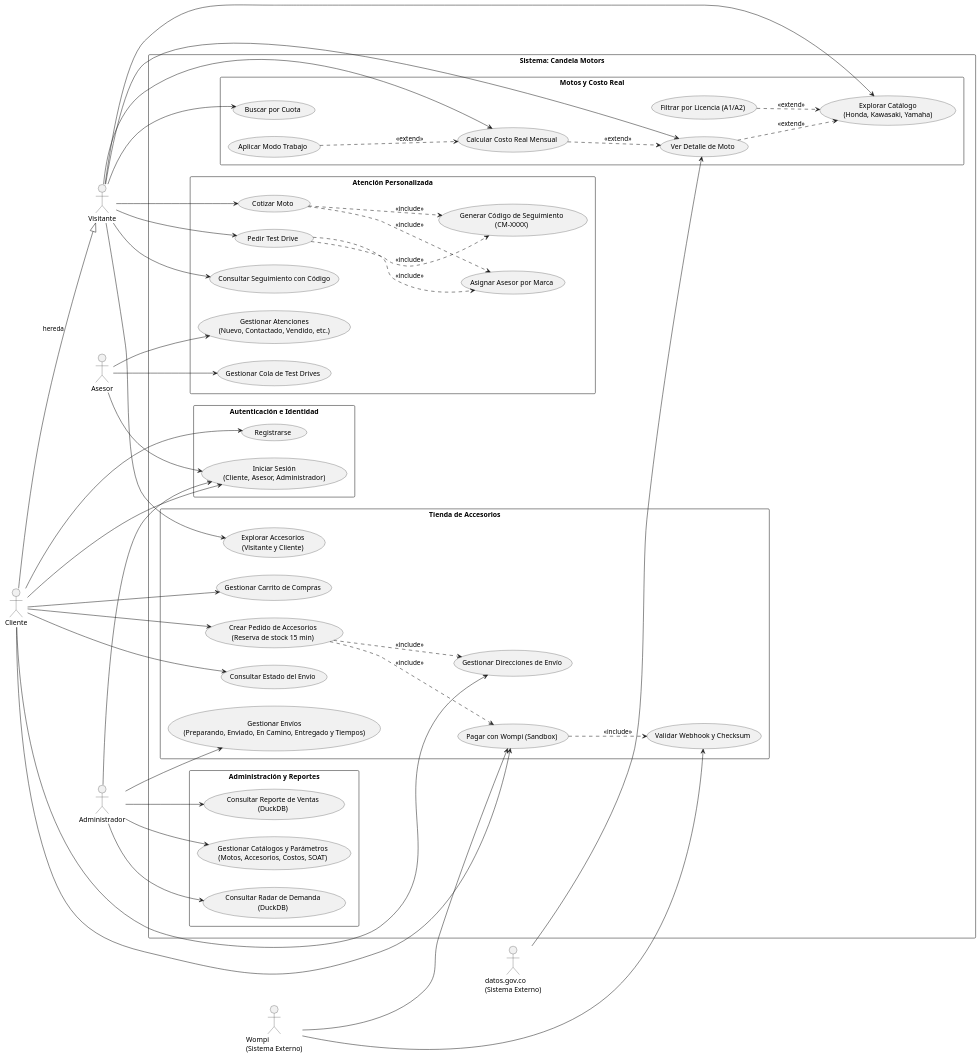
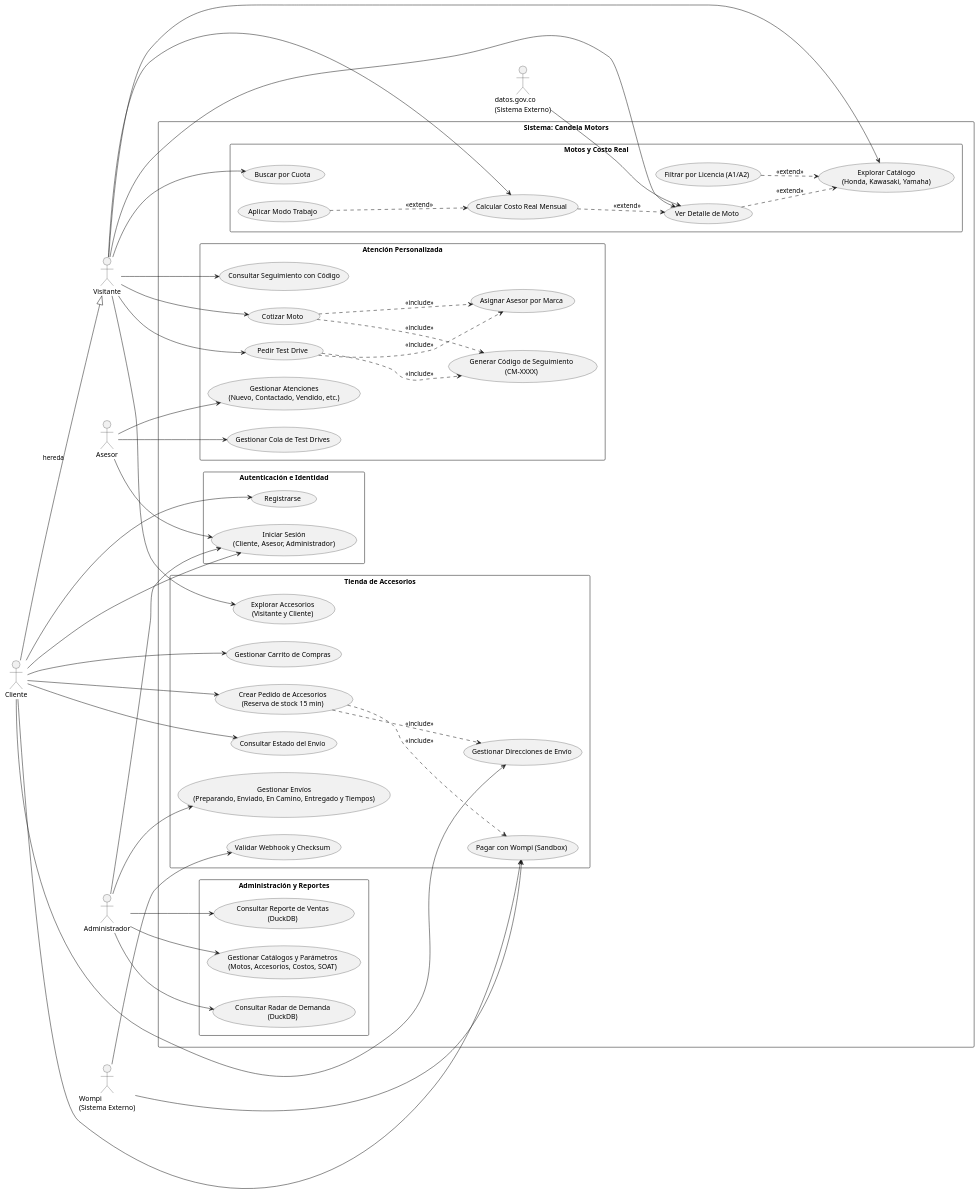
One commit to Andresg9805/concesionario-motos changed the diagram in docs/uml/fuentes/10-casos-de-uso.puml. Above: the diagram before and after it, drawn with PlantUML. The commit also changed 2 other files, not shown here.

Commit message:
docs: actualiza diagrama de casos de uso y limpia carpeta out segun revision del señor Guillermo

```diff
--- a/docs/uml/fuentes/10-casos-de-uso.puml
+++ b/docs/uml/fuentes/10-casos-de-uso.puml
@@ -1,109 +1,108 @@
 @startuml
 left to right direction
 skinparam packageStyle rectangle
 
 ' Definición de actores
 actor "Visitante" as Visitante
 actor "Cliente" as Cliente
 actor "Asesor" as Asesor
 actor "Administrador" as Admin
 actor "Wompi\n(Sistema Externo)" as Wompi
 actor "datos.gov.co\n(Sistema Externo)" as Gov
 
 ' Herencia de actores
 Cliente --|> Visitante : hereda
 
 rectangle "Sistema: Candela Motors" {
 
   package "Autenticación e Identidad" {
     usecase "Iniciar Sesión\n(Cliente, Asesor, Administrador)" as UC_Login
     usecase "Registrarse" as UC_Registro
   }
 
   package "Motos y Costo Real" {
     usecase "Explorar Catálogo\n(Honda, Kawasaki, Yamaha)" as UC1
     usecase "Filtrar por Licencia (A1/A2)" as UC_Filtro
     usecase "Ver Detalle de Moto" as UC_Detalle
     usecase "Buscar por Cuota" as UC2
     usecase "Calcular Costo Real Mensual" as UC3
     usecase "Aplicar Modo Trabajo" as UC_ModoTrabajo
   }
 
   package "Atención Personalizada" {
     usecase "Cotizar Moto" as UC4
     usecase "Pedir Test Drive" as UC5
     usecase "Asignar Asesor por Marca" as UC6
     usecase "Generar Código de Seguimiento\n(CM-XXXX)" as UC_GenerarCodigo
     usecase "Consultar Seguimiento con Código" as UC_ConsultarCodigo
     usecase "Gestionar Atenciones\n(Nuevo, Contactado, Vendido, etc.)" as UC_Atenciones
     usecase "Gestionar Cola de Test Drives" as UC7
   }
 
   package "Tienda de Accesorios" {
     usecase "Explorar Accesorios\n(Visitante y Cliente)" as UC_Accesorios
     usecase "Gestionar Carrito de Compras" as UC9
     usecase "Gestionar Direcciones de Envío" as UC_Direcciones
     usecase "Crear Pedido de Accesorios\n(Reserva de stock 15 min)" as UC10
     usecase "Pagar con Wompi (Sandbox)" as UC11
     usecase "Validar Webhook y Checksum" as UC12
     usecase "Consultar Estado del Envío" as UC_ConsultarEnvio
     usecase "Gestionar Envíos\n(Preparando, Enviado, En Camino, Entregado y Tiempos)" as UC_GestionarEnvios
   }
 
   package "Administración y Reportes" {
     usecase "Gestionar Catálogos y Parámetros\n(Motos, Accesorios, Costos, SOAT)" as UC14
     usecase "Consultar Radar de Demanda\n(DuckDB)" as UC15
     usecase "Consultar Reporte de Ventas\n(DuckDB)" as UC16
   }
 }
 
 ' Relaciones del Visitante
 Visitante --> UC1
 Visitante --> UC_Detalle
 Visitante --> UC2
 Visitante --> UC3
 Visitante --> UC4
 Visitante --> UC5
 Visitante --> UC_ConsultarCodigo
 Visitante --> UC_Accesorios
 
 ' Relaciones del Cliente (Hereda de Visitante, añade login, registro, direcciones y compras)
 Cliente --> UC_Login
 Cliente --> UC_Registro
 Cliente --> UC9
 Cliente --> UC_Direcciones
 Cliente --> UC10
 Cliente --> UC11
 Cliente --> UC_ConsultarEnvio
 
 ' Relaciones del Asesor
 Asesor --> UC_Login
 Asesor --> UC_Atenciones
 Asesor --> UC7
 
 ' Relaciones del Administrador
 Admin --> UC_Login
 Admin --> UC_GestionarEnvios
 Admin --> UC14
 Admin --> UC15
 Admin --> UC16
 
 ' Relaciones de Sistemas Externos
 Wompi --> UC11
 Wompi --> UC12
 Gov --> UC_Detalle
 
 ' Relaciones Include y Extend
 UC_Filtro ..> UC1 : <<extend>>
 UC_Detalle ..> UC1 : <<extend>>
 UC3 ..> UC_Detalle : <<extend>>
 UC_ModoTrabajo ..> UC3 : <<extend>>
 UC4 ..> UC6 : <<include>>
 UC4 ..> UC_GenerarCodigo : <<include>>
 UC5 ..> UC6 : <<include>>
 UC5 ..> UC_GenerarCodigo : <<include>>
 UC10 ..> UC_Direcciones : <<include>>
 UC10 ..> UC11 : <<include>>
-UC11 ..> UC12 : <<include>>
 
 @enduml
```
